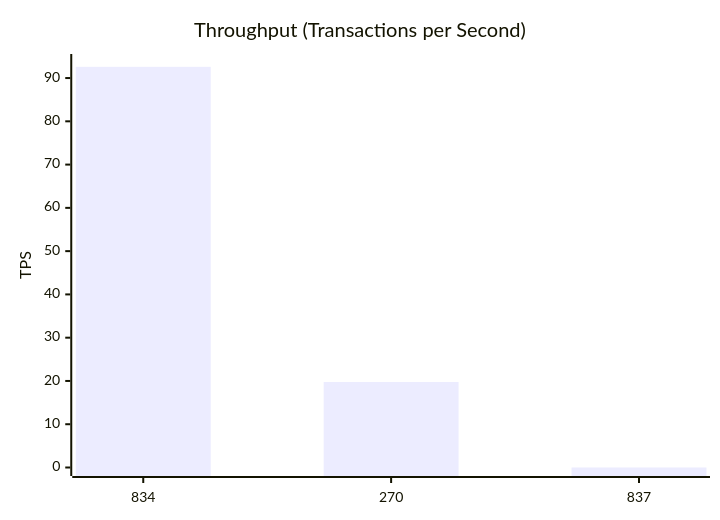
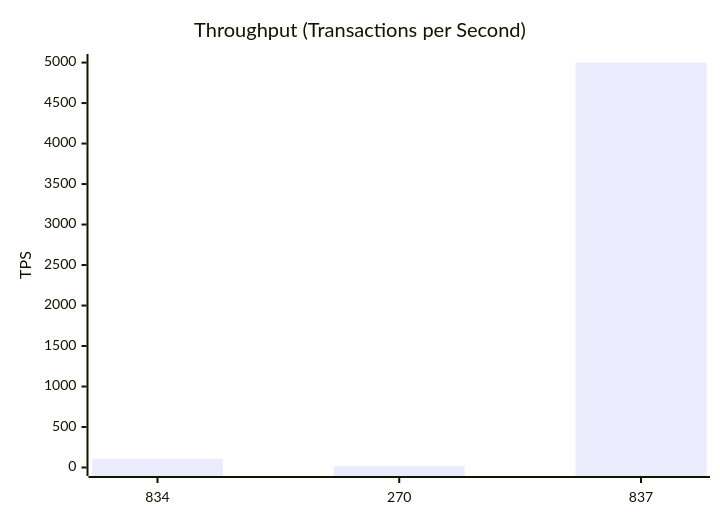
Before and after one commit to dhagan-va/intern-2025: the second of 10 diagrams in test-tools/DataGen/src/Statistics_Visualizer.md, drawn with Mermaid. The commit also changed other lines of this file and 3 other files, not shown here.

````diff
--- a/test-tools/DataGen/src/Statistics_Visualizer.md
+++ b/test-tools/DataGen/src/Statistics_Visualizer.md
@@ -27,7 +27,7 @@
 ```mermaid
 xychart-beta
     title "Throughput (Transactions per Second)"
     x-axis ["834", "270", "837"]
-    y-axis "TPS" 0 --> 93.5925925925926
-    bar [92.5925925925926, 19.76284584980237, 0.0]
+    y-axis "TPS" 0 --> 5001.0
+    bar [106.38297872340425, 20.491803278688526, 5000.0]
 ```
````
